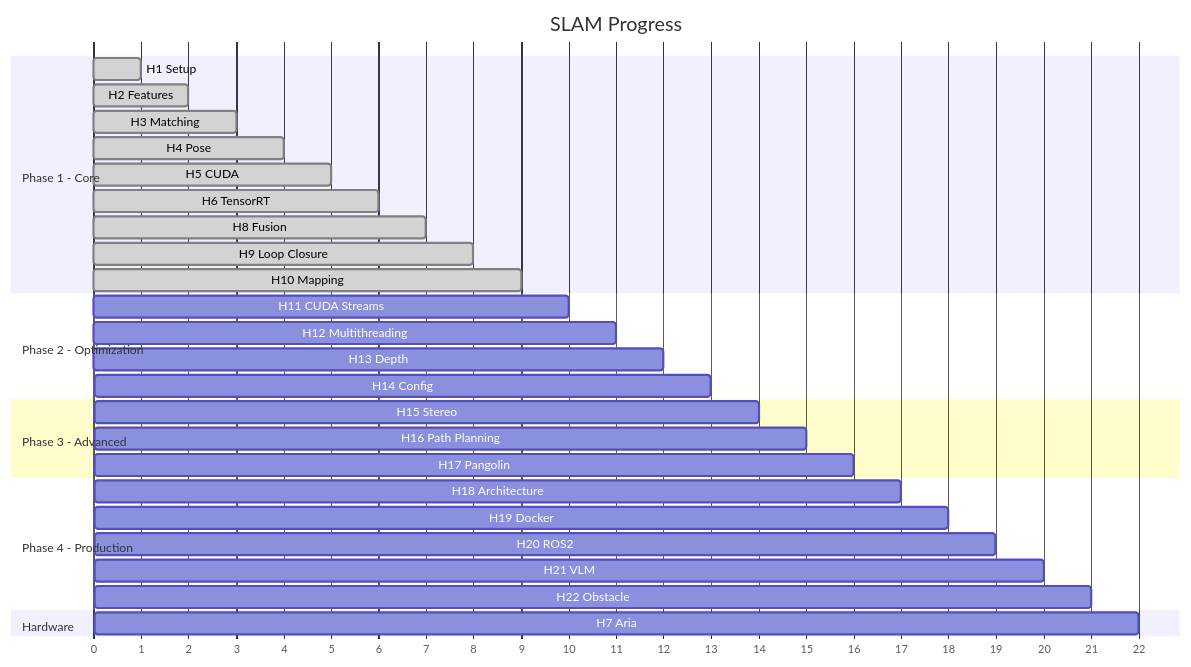
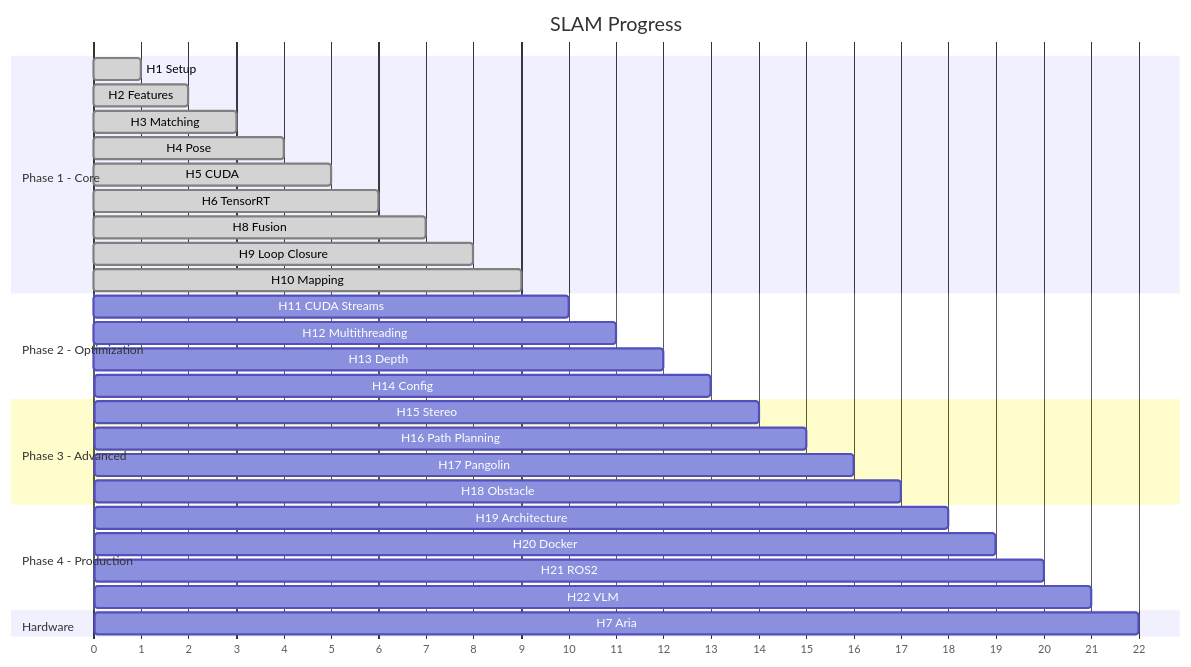
One commit to robertteleng/aria-slam changed diagram 13 of 13 in README.md. Above: the diagram before and after it, drawn with Mermaid. The commit also changed other lines of this file, not shown here.

First line of the commit message:
docs: update README with H11-H22 milestones and VLM integration

````diff
--- a/README.md
+++ b/README.md
@@ -533,38 +580,38 @@
 ```mermaid
 gantt
     title SLAM Progress
     dateFormat X
     axisFormat %s
 
     section Phase 1 - Core
     H1 Setup           :done, h1, 0, 1
     H2 Features        :done, h2, 1, 2
     H3 Matching        :done, h3, 2, 3
     H4 Pose            :done, h4, 3, 4
     H5 CUDA            :done, h5, 4, 5
     H6 TensorRT        :done, h6, 5, 6
     H8 Fusion          :done, h8, 6, 7
     H9 Loop Closure    :done, h9, 7, 8
     H10 Mapping        :done, h10, 8, 9
 
     section Phase 2 - Optimization
     H11 CUDA Streams   :h11, 9, 10
     H12 Multithreading :h12, 10, 11
     H13 Depth          :h13, 11, 12
     H14 Config         :h14, 12, 13
 
     section Phase 3 - Advanced
     H15 Stereo         :h15, 13, 14
     H16 Path Planning  :h16, 14, 15
     H17 Pangolin       :h17, 15, 16
+    H18 Obstacle       :h18, 16, 17
 
     section Phase 4 - Production
-    H18 Architecture   :h18, 16, 17
-    H19 Docker         :h19, 17, 18
-    H20 ROS2           :h20, 18, 19
-    H21 VLM            :h21, 19, 20
-    H22 Obstacle       :h22, 20, 21
+    H19 Architecture   :h19, 17, 18
+    H20 Docker         :h20, 18, 19
+    H21 ROS2           :h21, 19, 20
+    H22 VLM            :h22, 20, 21
 
     section Hardware
     H7 Aria            :h7, 21, 22
 ```
````
